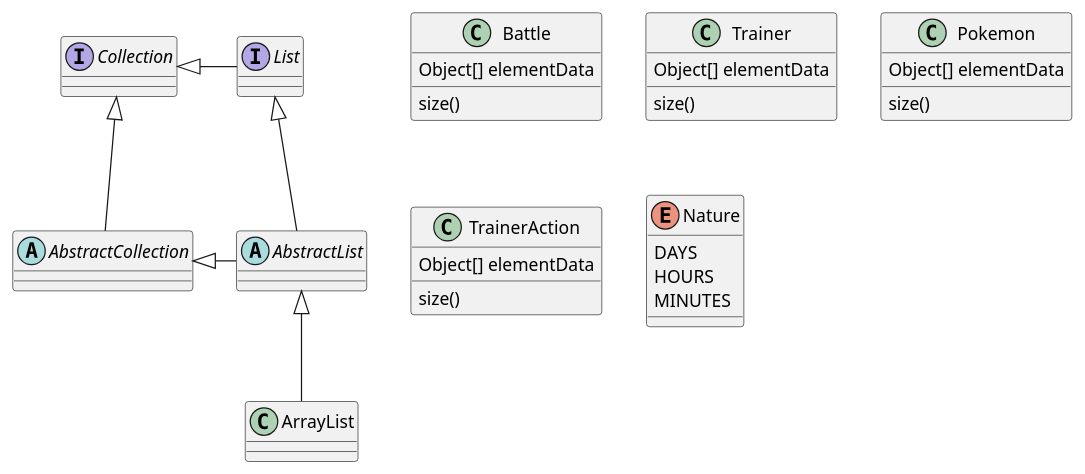
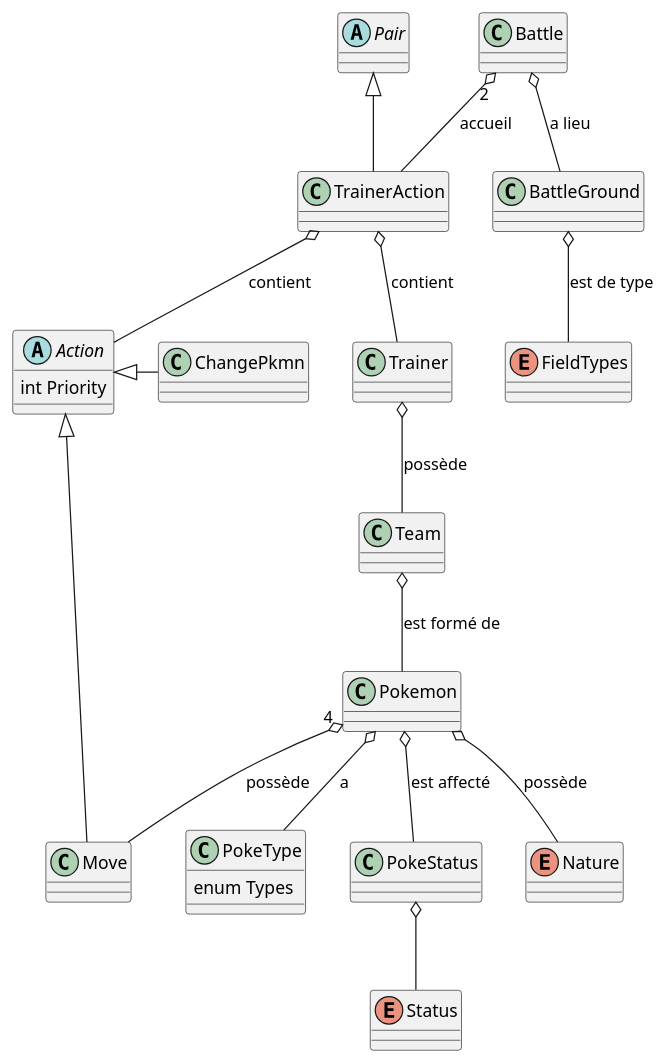
The diagram in Model/umldiagram.puml (greenananas/PokeArena), drawn with PlantUML before and after one commit. The commit also changed 5 other files, not shown here.

```diff
--- a/Model/umldiagram.puml
+++ b/Model/umldiagram.puml
@@ -1,42 +1,62 @@
 @startuml
 'https://plantuml.com/class-diagram
 
-abstract class AbstractList
-abstract AbstractCollection
-interface List
-interface Collection
+abstract class Pair
+class ChangePkmn
+enum FieldTypes
 
-List <|-- AbstractList
-Collection <|-- AbstractCollection
+Pair <|-- TrainerAction
+TrainerAction o-- Trainer : contient
+TrainerAction o-- Action : contient
 
-Collection <|- List
-AbstractCollection <|- AbstractList
-AbstractList <|-- ArrayList
+Action <|- Move
+Action <|- ChangePkmn
+Pokemon "4" o-- Move : possède
+Pokemon o-- PokeType : a
+Pokemon o-- PokeStatus : est affecté
+Pokemon o-- Nature : possède
+Team o-- Pokemon : est formé de
+Trainer o-- Team : possède
+PokeStatus o-- Status
+BattleGround o-- FieldTypes : est de type
+
+Battle "2" o-- TrainerAction : accueil
+Battle o-- BattleGround : a lieu
 
 class Battle {
-Object[] elementData
-size()
+}
+
+class Move {
+}
+
+class Team {
 }
 
 class Trainer {
-Object[] elementData
-size()
+
 }
 
 class Pokemon {
-Object[] elementData
-size()
+
 }
 
 class TrainerAction {
-Object[] elementData
-size()
+
 }
 
-enum Nature {
-DAYS
-HOURS
-MINUTES
+class PokeStatus {
 }
 
+class PokeType {
+enum Types
+}
+
+abstract class Action {
+int Priority
+}
+
+enum Nature
+class BattleGround
+enum Status
+
 @enduml
```
